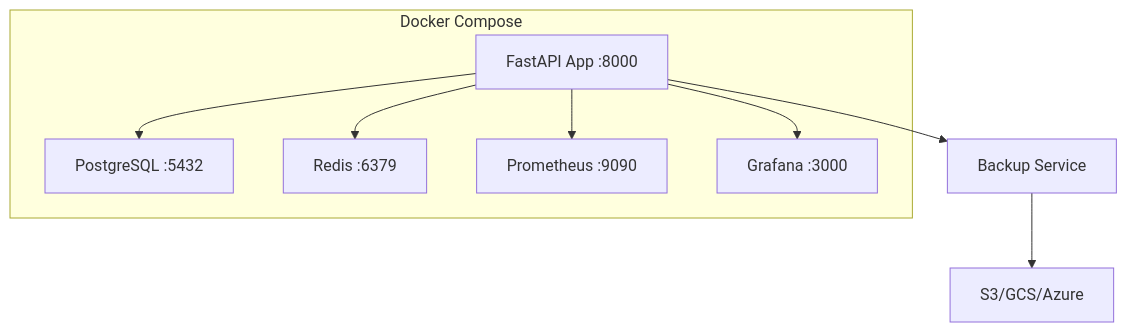
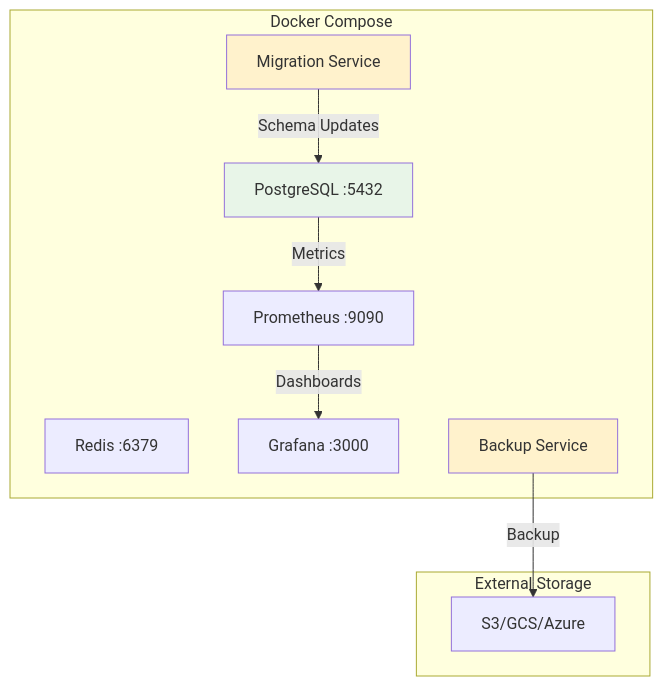
Before and after one commit to longyi-brownie/brownie-metadata-database: the second of 3 diagrams in README.md, drawn with Mermaid. The commit also changed other lines of this file and 4 other files, not shown here.

````diff
--- a/README.md
+++ b/README.md
@@ -203,12 +247,24 @@
 ```mermaid
 graph TB
     subgraph "Docker Compose"
-        A[FastAPI App :8000] --> B[PostgreSQL :5432]
-        A --> C[Redis :6379]
-        A --> D[Prometheus :9090]
-        A --> E[Grafana :3000]
+        A[PostgreSQL :5432]
+        B[Redis :6379]
+        C[Prometheus :9090]
+        D[Grafana :3000]
+        E[Backup Service]
+        F[Migration Service]
     end
     
-    F[Backup Service] --> G[S3/GCS/Azure]
-    A --> F
+    subgraph "External Storage"
+        G[S3/GCS/Azure]
+    end
+    
+    E -->|Backup| G
+    F -->|Schema Updates| A
+    A -->|Metrics| C
+    C -->|Dashboards| D
+    
+    style A fill:#e8f5e8
+    style E fill:#fff2cc
+    style F fill:#fff2cc
 ```
````
